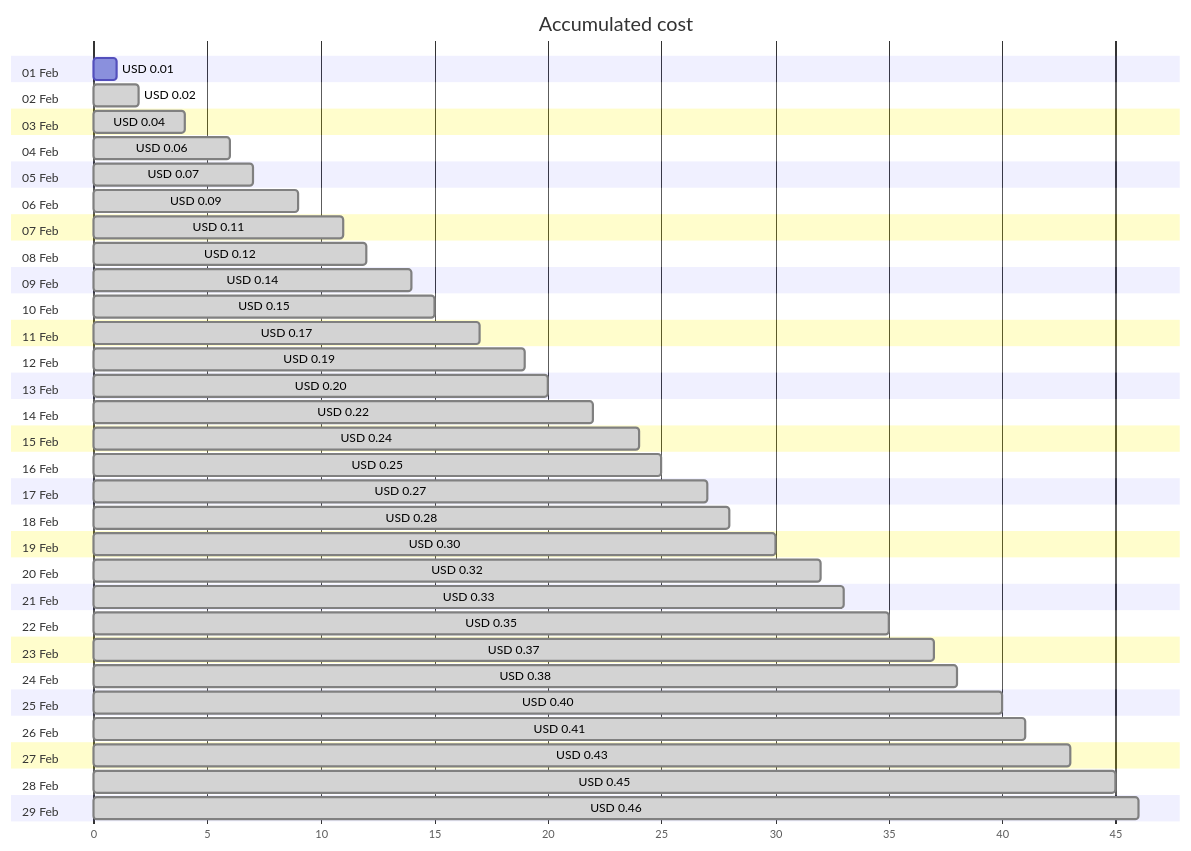
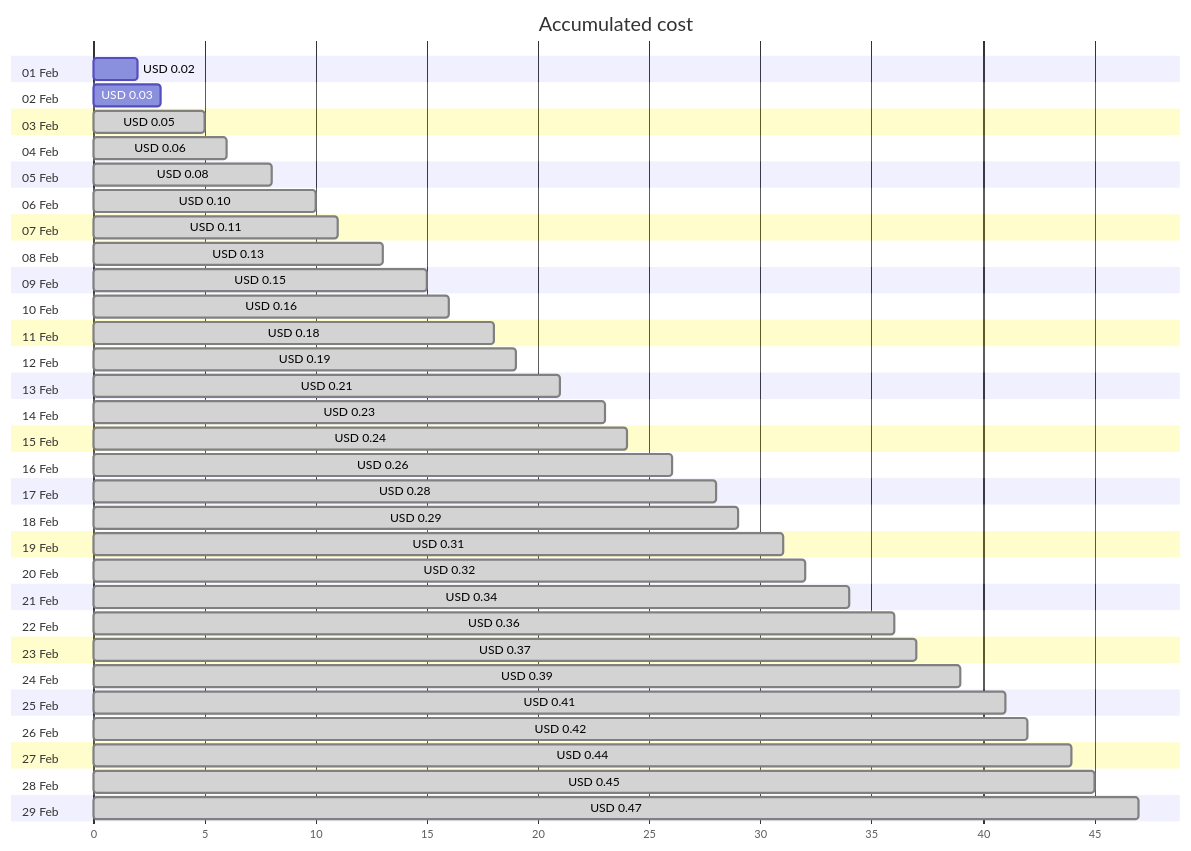
One commit to jpfulton/azure-personal-reports changed the first of 4 diagrams in cost-reports/personal-dns/jpatrickfulton.com.md. Above: the diagram before and after it, drawn with Mermaid. The commit also changed other lines of this file and 2 other files, not shown here.

Commit message:
Generated reports [skip ci]

````diff
--- a/cost-reports/personal-dns/jpatrickfulton.com.md
+++ b/cost-reports/personal-dns/jpatrickfulton.com.md
@@ -20,64 +20,64 @@
 ```mermaid
 gantt
    title Accumulated cost
    dateFormat  X
    axisFormat %s
    section 01 Feb
-   USD 0.01 :0, 1
+   USD 0.02 :0, 2
    section 02 Feb
-   USD 0.02 : done, 0, 2
+   USD 0.03 :0, 3
    section 03 Feb
-   USD 0.04 : done, 0, 4
+   USD 0.05 : done, 0, 5
    section 04 Feb
    USD 0.06 : done, 0, 6
    section 05 Feb
-   USD 0.07 : done, 0, 7
+   USD 0.08 : done, 0, 8
    section 06 Feb
-   USD 0.09 : done, 0, 9
+   USD 0.10 : done, 0, 10
    section 07 Feb
    USD 0.11 : done, 0, 11
    section 08 Feb
-   USD 0.12 : done, 0, 12
+   USD 0.13 : done, 0, 13
    section 09 Feb
-   USD 0.14 : done, 0, 14
+   USD 0.15 : done, 0, 15
    section 10 Feb
-   USD 0.15 : done, 0, 15
+   USD 0.16 : done, 0, 16
    section 11 Feb
-   USD 0.17 : done, 0, 17
+   USD 0.18 : done, 0, 18
    section 12 Feb
    USD 0.19 : done, 0, 19
    section 13 Feb
-   USD 0.20 : done, 0, 20
+   USD 0.21 : done, 0, 21
    section 14 Feb
-   USD 0.22 : done, 0, 22
+   USD 0.23 : done, 0, 23
    section 15 Feb
    USD 0.24 : done, 0, 24
    section 16 Feb
-   USD 0.25 : done, 0, 25
+   USD 0.26 : done, 0, 26
    section 17 Feb
-   USD 0.27 : done, 0, 27
+   USD 0.28 : done, 0, 28
    section 18 Feb
-   USD 0.28 : done, 0, 28
+   USD 0.29 : done, 0, 29
    section 19 Feb
-   USD 0.30 : done, 0, 30
+   USD 0.31 : done, 0, 31
    section 20 Feb
    USD 0.32 : done, 0, 32
    section 21 Feb
-   USD 0.33 : done, 0, 33
+   USD 0.34 : done, 0, 34
    section 22 Feb
-   USD 0.35 : done, 0, 35
+   USD 0.36 : done, 0, 36
    section 23 Feb
    USD 0.37 : done, 0, 37
    section 24 Feb
-   USD 0.38 : done, 0, 38
+   USD 0.39 : done, 0, 39
    section 25 Feb
-   USD 0.40 : done, 0, 40
+   USD 0.41 : done, 0, 41
    section 26 Feb
-   USD 0.41 : done, 0, 41
+   USD 0.42 : done, 0, 42
    section 27 Feb
-   USD 0.43 : done, 0, 43
+   USD 0.44 : done, 0, 44
    section 28 Feb
    USD 0.45 : done, 0, 45
    section 29 Feb
-   USD 0.46 : done, 0, 46
+   USD 0.47 : done, 0, 47
 ```
````
